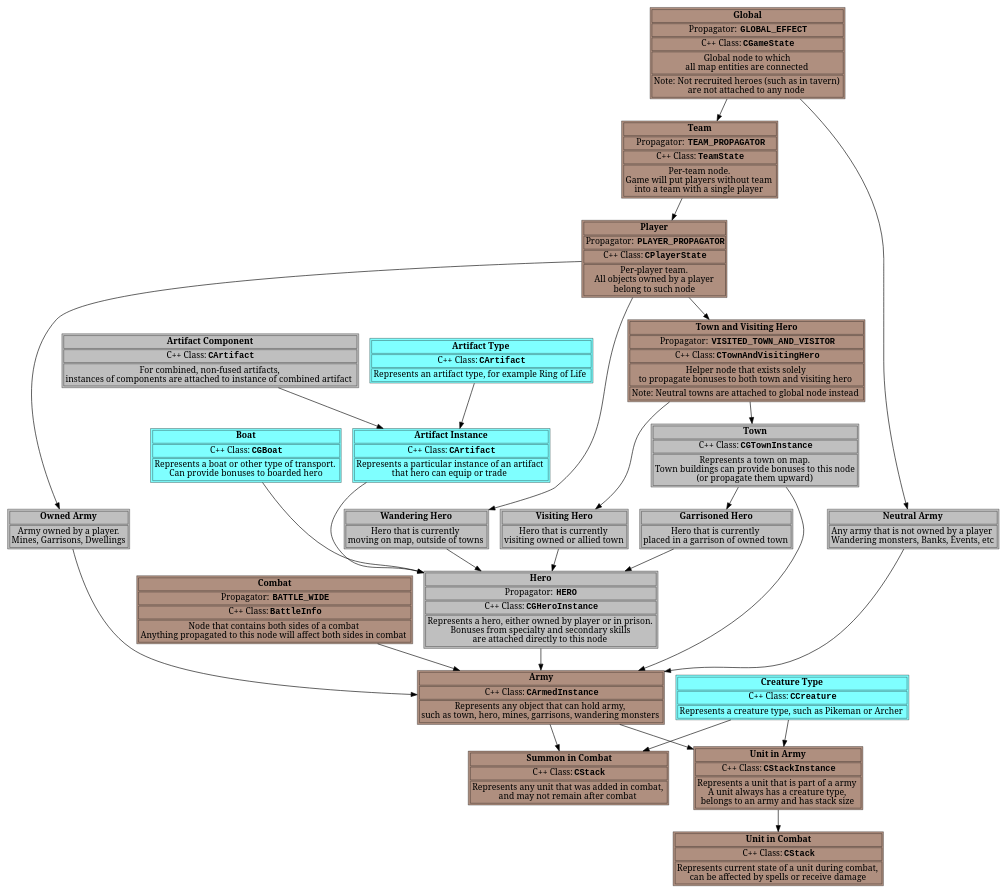
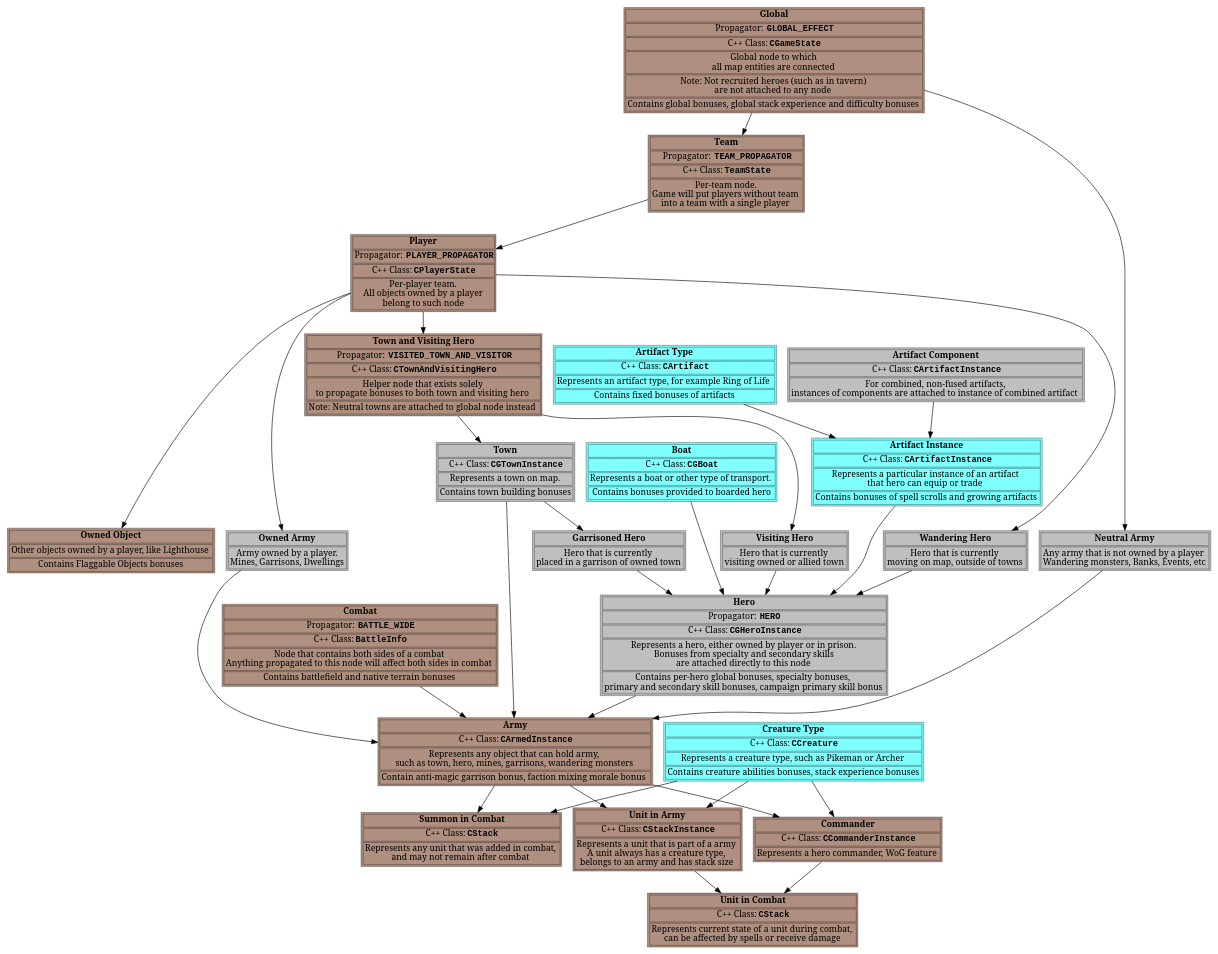
Before and after one commit to vcmi/vcmi: the diagram in docs/images/Bonus_System_Nodes.gv, drawn with Graphviz. The commit also changed 4 other files, not shown here.

```diff
--- a/docs/images/Bonus_System_Nodes.gv
+++ b/docs/images/Bonus_System_Nodes.gv
@@ -17,6 +17,7 @@
 					<tr><td>C++ Class: <font face="monospace"><b>CGameState</b></font></td></tr>
 					<tr><td>Global node to which<br/>all map entities are connected</td></tr>
 					<tr><td>Note: Not recruited heroes (such as in tavern)<br/>are not attached to any node</td></tr>
+					<tr><td>Contains global bonuses, global stack experience and difficulty bonuses</td></tr>
 				</table>>
 		]
 		"Team" [
@@ -46,6 +47,7 @@
 					<tr><td>Propagator: <font face="monospace"><b>HERO</b></font></td></tr>
 					<tr><td>C++ Class: <font face="monospace"><b>CGHeroInstance</b></font></td></tr>
 					<tr><td>Represents a hero, either owned by player or in prison.<br/>Bonuses from specialty and secondary skills<br/>are attached directly to this node</td></tr>
+					<tr><td>Contains per-hero global bonuses, specialty bonuses, <br/>primary and secondary skill bonuses, campaign primary skill bonus</td></tr>
 				</table>>
 		]
 		"Combat" [
@@ -94,6 +96,13 @@
 					<tr><td>Army owned by a player.<br/>Mines, Garrisons, Dwellings</td></tr>
 				</table>>
 		]
+		"Owned Object" [
+			label =<<table>
+					<tr><td><b>Owned Object</b></td></tr>
+					<tr><td>Other objects owned by a player, like Lighthouse</td></tr>
+					<tr><td>Contains Flaggable Objects bonuses</td></tr>
+				</table>>
+		]
 	};
 
 	subgraph rankedTopHero {
@@ -103,15 +112,17 @@
 			label =<<table>
 					<tr><td><b>Town</b></td></tr>
 					<tr><td>C++ Class: <font face="monospace"><b>CGTownInstance</b></font></td></tr>
-					<tr><td>Represents a town on map.<br/>Town buildings can provide bonuses to this node<br/>(or propagate them upward)</td></tr>
+					<tr><td>Represents a town on map.</td></tr>
+					<tr><td>Contains town building bonuses</td></tr>
 				</table>>
 		]
 		"Artifact Instance" [
 			fillcolor="#00FFFF80"
 			label =<<table>
 					<tr><td><b>Artifact Instance</b></td></tr>
-					<tr><td>C++ Class: <font face="monospace"><b>CArtifact</b></font></td></tr>
+					<tr><td>C++ Class: <font face="monospace"><b>CArtifactInstance</b></font></td></tr>
 					<tr><td>Represents a particular instance of an artifact<br/> that hero can equip or trade</td></tr>
+					<tr><td>Contains bonuses of spell scrolls and growing artifacts</td></tr>
 				</table>>
 		]
 		"Boat" [
@@ -119,7 +130,8 @@
 			label =<<table>
 					<tr><td><b>Boat</b></td></tr>
 					<tr><td>C++ Class: <font face="monospace"><b>CGBoat</b></font></td></tr>
-					<tr><td>Represents a boat or other type of transport.<br/>Can provide bonuses to boarded hero</td></tr>
+					<tr><td>Represents a boat or other type of transport.</td></tr>
+					<tr><td>Contains bonuses provided to boarded hero</td></tr>
 				</table>>
 		]
 	};
@@ -142,6 +154,7 @@
 					<tr><td>Propagator: <font face="monospace"><b>BATTLE_WIDE</b></font></td></tr>
 					<tr><td>C++ Class: <font face="monospace"><b>BattleInfo</b></font></td></tr>
 					<tr><td>Node that contains both sides of a combat<br/>Anything propagated to this node will affect both sides in combat</td></tr>
+					<tr><td>Contains battlefield and native terrain bonuses</td></tr>
 				</table>>
 		]
 		
@@ -151,6 +164,7 @@
 					<tr><td><b>Creature Type</b></td></tr>
 					<tr><td>C++ Class: <font face="monospace"><b>CCreature</b></font></td></tr>
 					<tr><td>Represents a creature type, such as Pikeman or Archer</td></tr>
+					<tr><td>Contains creature abilities bonuses, stack experience bonuses</td></tr>
 				</table>>
 		]
 		
@@ -160,6 +174,7 @@
 					<tr><td><b>Artifact Type</b></td></tr>
 					<tr><td>C++ Class: <font face="monospace"><b>CArtifact</b></font></td></tr>
 					<tr><td>Represents an artifact type, for example Ring of Life</td></tr>
+					<tr><td>Contains fixed bonuses of artifacts</td></tr>
 				</table>>
 		]
 		
@@ -167,7 +182,7 @@
 			fillcolor="#80808080"
 			label =<<table>
 					<tr><td><b>Artifact Component</b></td></tr>
-					<tr><td>C++ Class: <font face="monospace"><b>CArtifact</b></font></td></tr>
+					<tr><td>C++ Class: <font face="monospace"><b>CArtifactInstance</b></font></td></tr>
 					<tr><td>For combined, non-fused artifacts,<br/>instances of components are attached to instance of combined artifact</td></tr>
 				</table>>
 		]
@@ -177,6 +192,7 @@
 					<tr><td><b>Army</b></td></tr>
 					<tr><td>C++ Class: <font face="monospace"><b>CArmedInstance</b></font></td></tr>
 					<tr><td>Represents any object that can hold army,<br/>such as town, hero, mines, garrisons, wandering monsters</td></tr>
+					<tr><td>Contain anti-magic garrison bonus, faction mixing morale bonus</td></tr>
 				</table>>
 		]
 
@@ -185,6 +201,14 @@
 					<tr><td><b>Unit in Army</b></td></tr>
 					<tr><td>C++ Class: <font face="monospace"><b>CStackInstance</b></font></td></tr>
 					<tr><td>Represents a unit that is part of a army<br/>A unit always has a creature type,<br/>belongs to an army and has stack size</td></tr>
+				</table>>
+		]
+		
+		"Commander" [
+			label =<<table>
+					<tr><td><b>Commander</b></td></tr>
+					<tr><td>C++ Class: <font face="monospace"><b>CCommanderInstance</b></font></td></tr>
+					<tr><td>Represents a hero commander, WoG feature</td></tr>
 				</table>>
 		]
 		
@@ -211,17 +235,21 @@
 	"Player" -> "Town and visiting hero"
 	"Player" -> "Wandering Hero"
 	"Player" -> "Owned Army"
+	"Player" -> "Owned Object"
 	"Town and visiting hero" -> "Town"
 	"Town and visiting hero" -> "Visiting Hero"
 	"Boat" -> "Hero"
 	"Combat" -> "Army"
+	"Army" -> "Commander"
 	"Army" -> "Unit in Army"
 	"Army" -> "Summon in Combat"
 	"Unit in Army" -> "Unit in Combat" 
+	"Commander" -> "Unit in Combat" 
 	"Artifact Type" -> "Artifact Instance"
 	"Artifact Component" -> "Artifact Instance"
 	"Artifact Instance" -> "Hero"
 
+	"Creature Type" -> "Commander" 
 	"Creature Type" -> "Summon in Combat"
 	"Creature Type" -> "Unit in Army"
 
```
